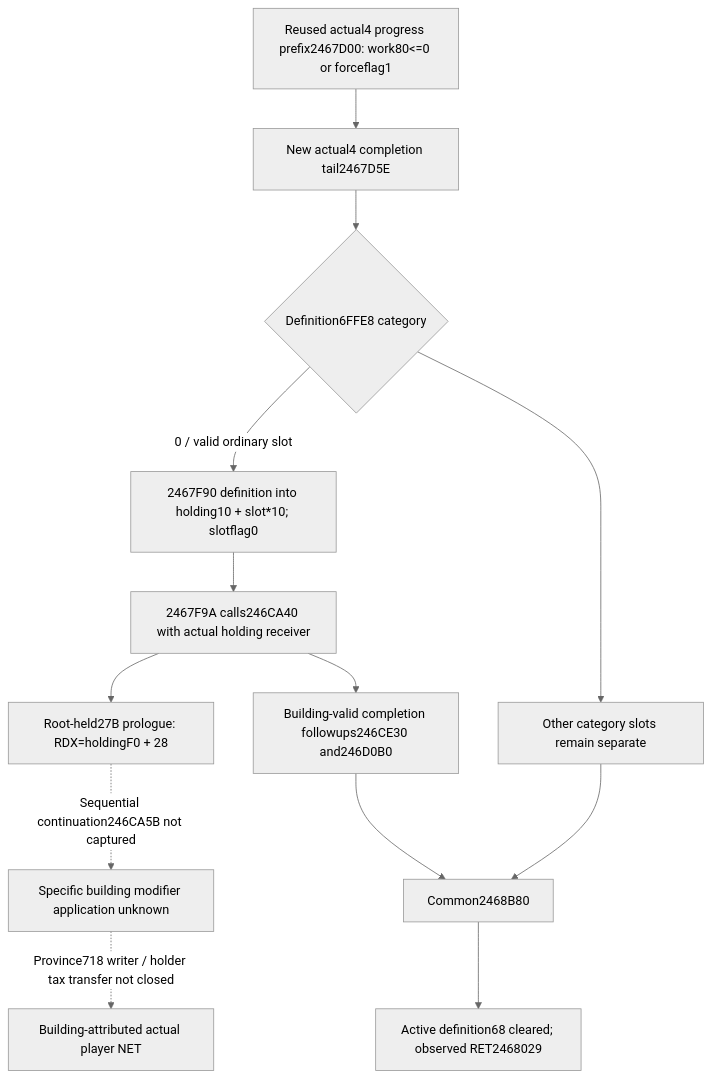
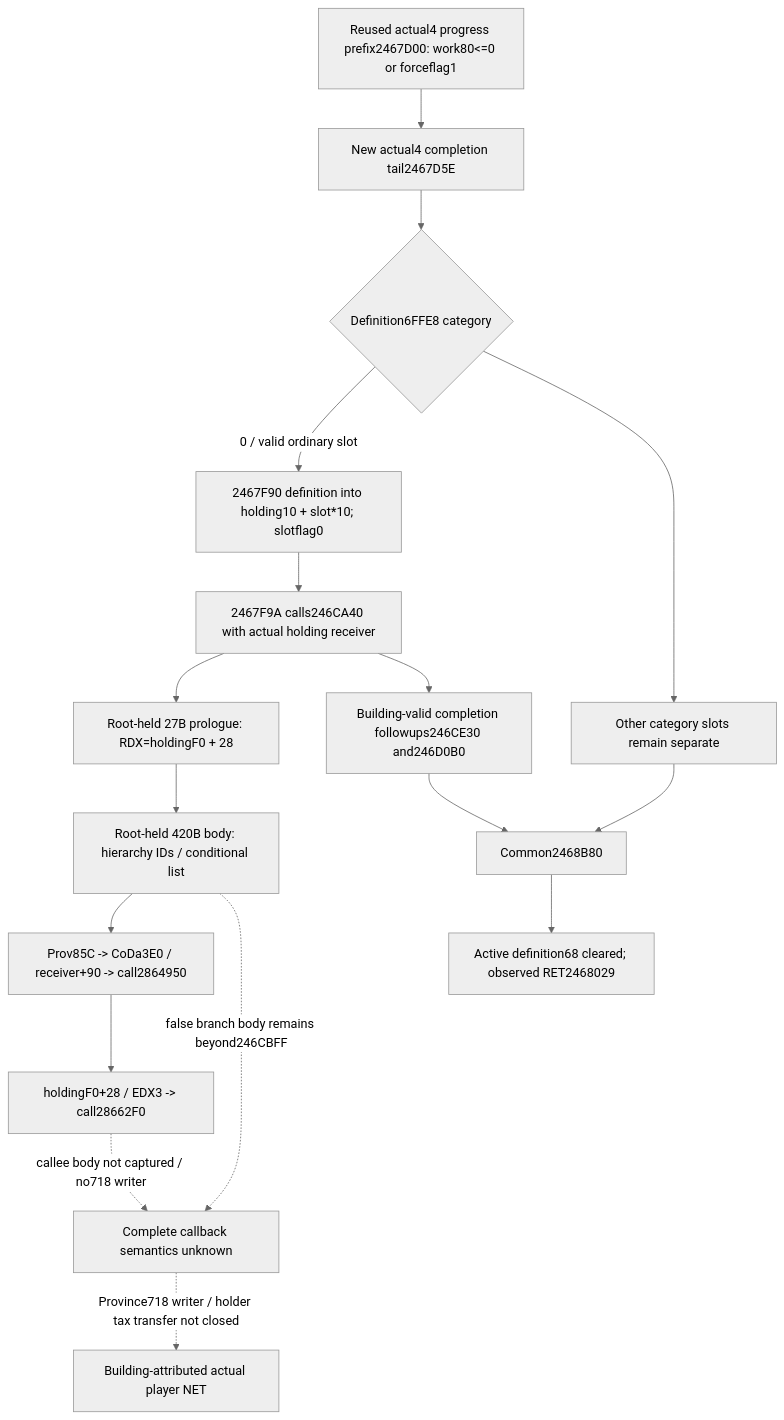
The second of 2 diagrams in docs/ck3-native-ai/construction-economic-consumers-12004.md (XenoAmess/ck3_eternal_recurrence), drawn with Mermaid (neutral theme) before and after one commit. The commit also changed other lines of this file and 1 other file, not shown here.

````diff
--- a/docs/ck3-native-ai/construction-economic-consumers-12004.md
+++ b/docs/ck3-native-ai/construction-economic-consumers-12004.md
@@ -218,15 +218,19 @@
 ```mermaid
 flowchart TD
   P[Reused actual4 progress prefix2467D00: work80<=0 or forceflag1] --> T[New actual4 completion tail2467D5E]
   T --> K{Definition6FFE8 category}
   K -->|0 / valid ordinary slot| S[2467F90 definition into holding10 + slot*10; slotflag0]
   K --> O[Other category slots remain separate]
   S --> R[2467F9A calls246CA40 with actual holding receiver]
-  R --> H[Root-held27B prologue: RDX=holdingF0 + 28]
-  H -. Sequential continuation246CA5B not captured .-> V[Specific building modifier application unknown]
+  R --> H[Root-held 27B prologue: RDX=holdingF0 + 28]
+  H --> B[Root-held 420B body: hierarchy IDs / conditional list]
+  B --> Q[Prov85C -> CoDa3E0 / receiver+90 -> call2864950]
+  Q --> D[holdingF0+28 / EDX3 -> call28662F0]
+  B -. false branch body remains beyond246CBFF .-> V[Complete callback semantics unknown]
+  D -. callee body not captured / no718 writer .-> V
   R --> F[Building-valid completion followups246CE30 and246D0B0]
   O --> C[Common2468B80]
   F --> C
   C --> X[Active definition68 cleared; observed RET2468029]
   V -. Province718 writer / holder tax transfer not closed .-> I[Building-attributed actual player NET]
 ```
````
